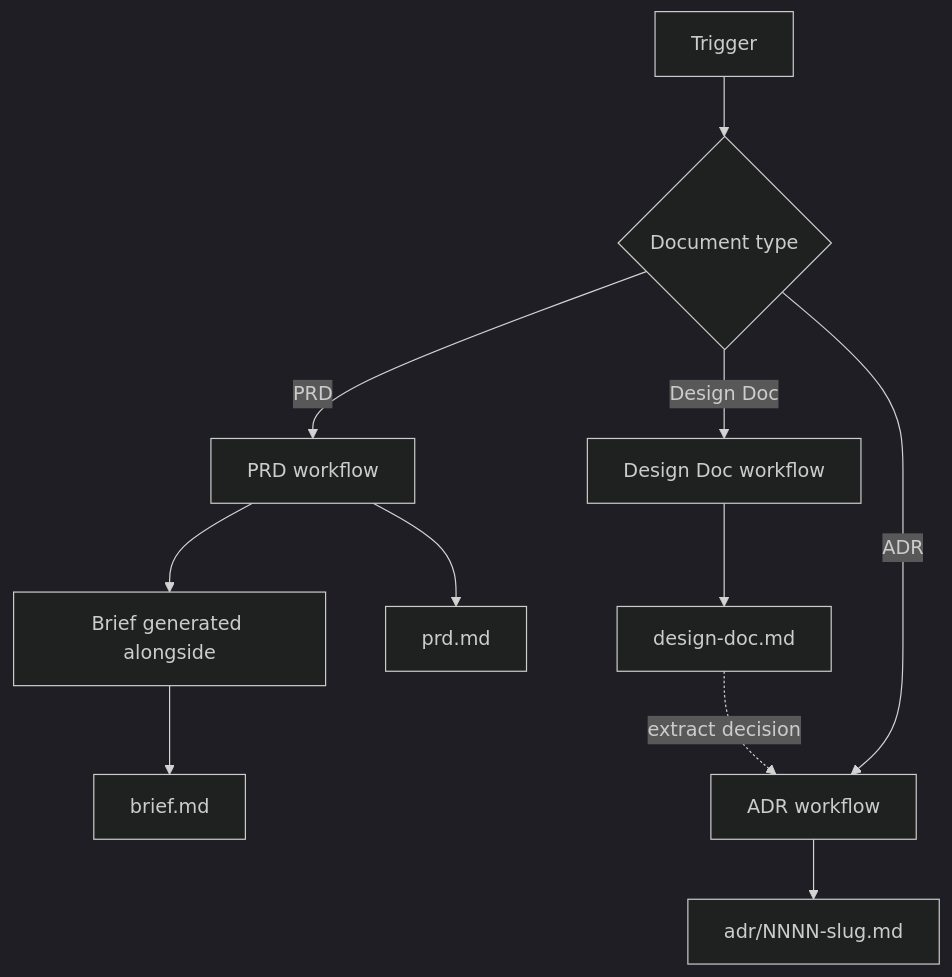
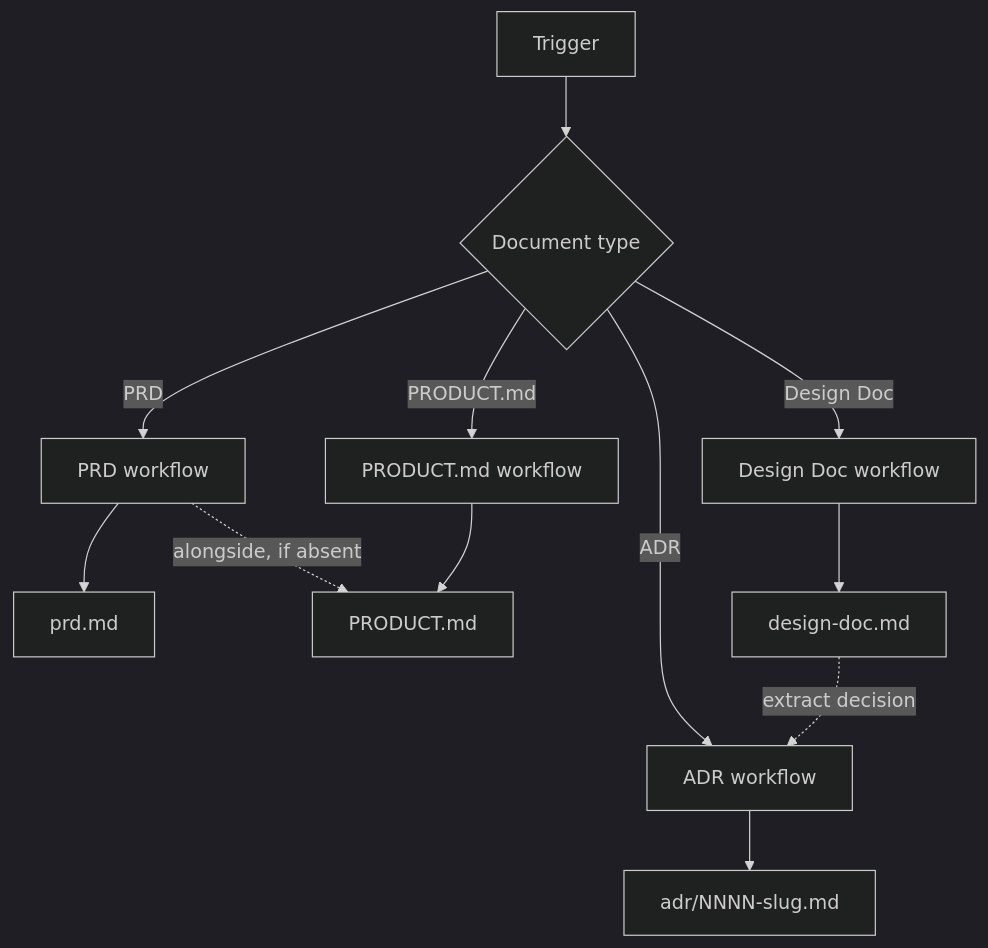
Before and after one commit to adeonir/agent-skills: the diagram in skills/product/docs-writer/README.md, drawn with Mermaid (dark theme). The commit also changed other lines of this file and 17 other files, not shown here.

First line of the commit message:
refactor: replace the Brief with a PRODUCT.md positioning doc

````diff
--- a/skills/product/docs-writer/README.md
+++ b/skills/product/docs-writer/README.md
@@ -10,13 +10,14 @@
 ```mermaid
 flowchart TD
     T[Trigger] --> R{Document type}
     R -->|PRD| PRD[PRD workflow]
+    R -->|PRODUCT.md| PMW[PRODUCT.md workflow]
     R -->|Design Doc| DD[Design Doc workflow]
     R -->|ADR| ADR[ADR workflow]
-    PRD --> B[Brief generated alongside]
     PRD --> P[prd.md]
-    B --> BR[brief.md]
+    PRD -.->|alongside, if absent| PM[PRODUCT.md]
+    PMW --> PM
     DD --> D[design-doc.md]
     ADR --> A[adr/NNNN-slug.md]
     D -.->|extract decision| ADR
 ```
````
